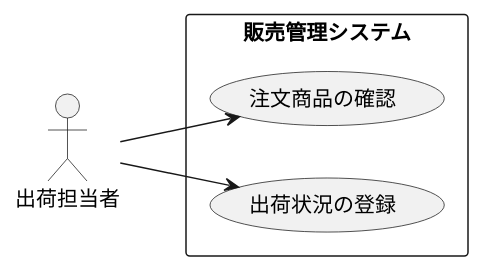
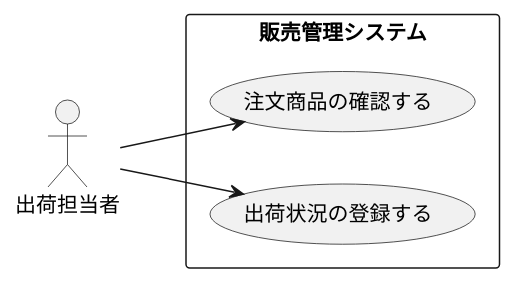
One commit to omorirenka/uml-introduction changed the diagram in 演習2-5_盛岡商事_販売管理システム.pu. Above: the diagram before and after it, drawn with PlantUML.

Commit message:
演習2-5文章修正

```diff
--- a/演習2-5_盛岡商事_販売管理システム.pu
+++ b/演習2-5_盛岡商事_販売管理システム.pu
@@ -1,10 +1,10 @@
 @startuml ユースケース図
 left to right direction
 actor 出荷担当者
 rectangle 販売管理システム{
-usecase 注文商品の確認 as a
-usecase 出荷状況の登録 as b
+usecase 注文商品の確認する as a
+usecase 出荷状況の登録する as b
 }
 出荷担当者 --> a
 出荷担当者 --> b
 @enduml
```
